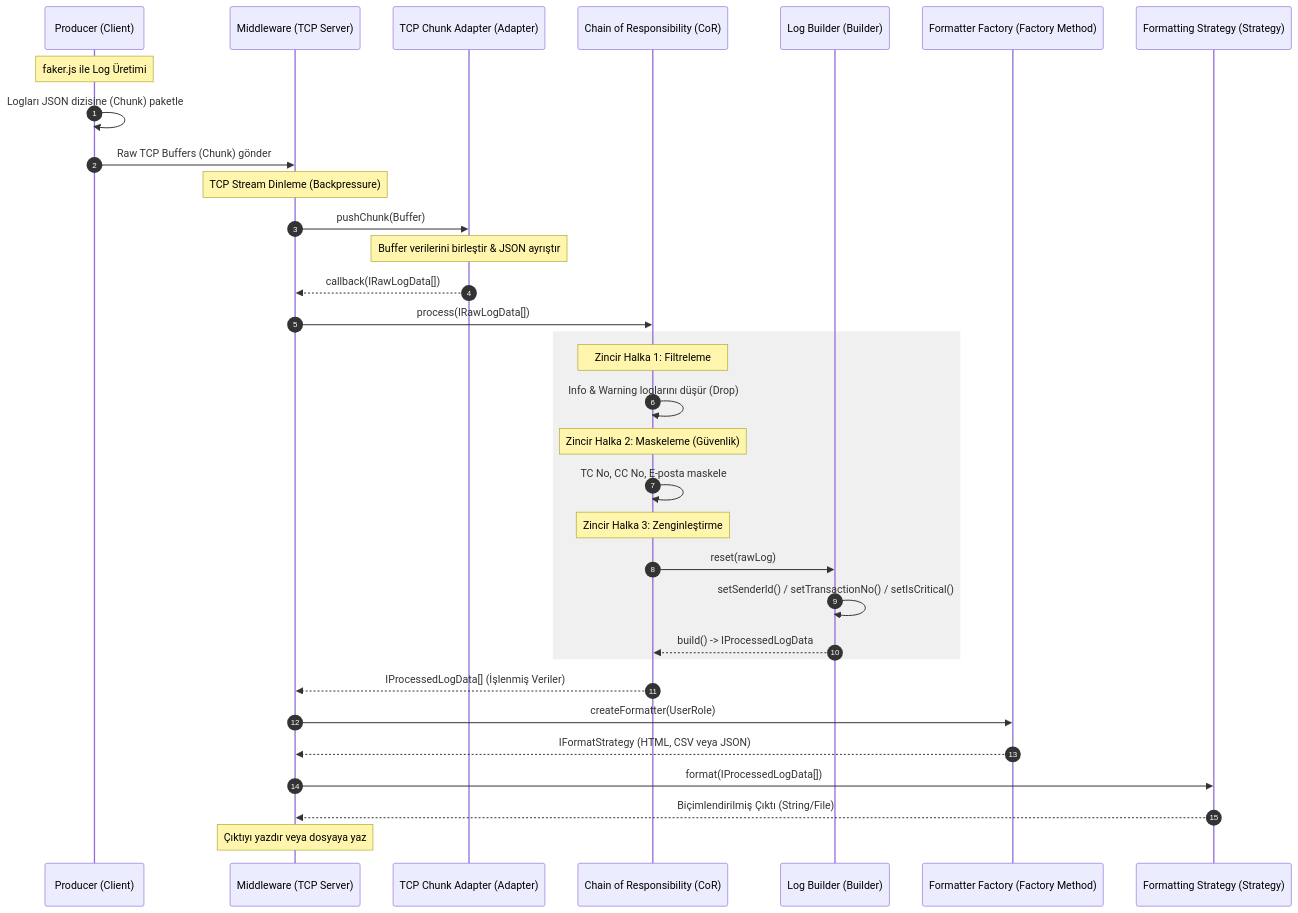
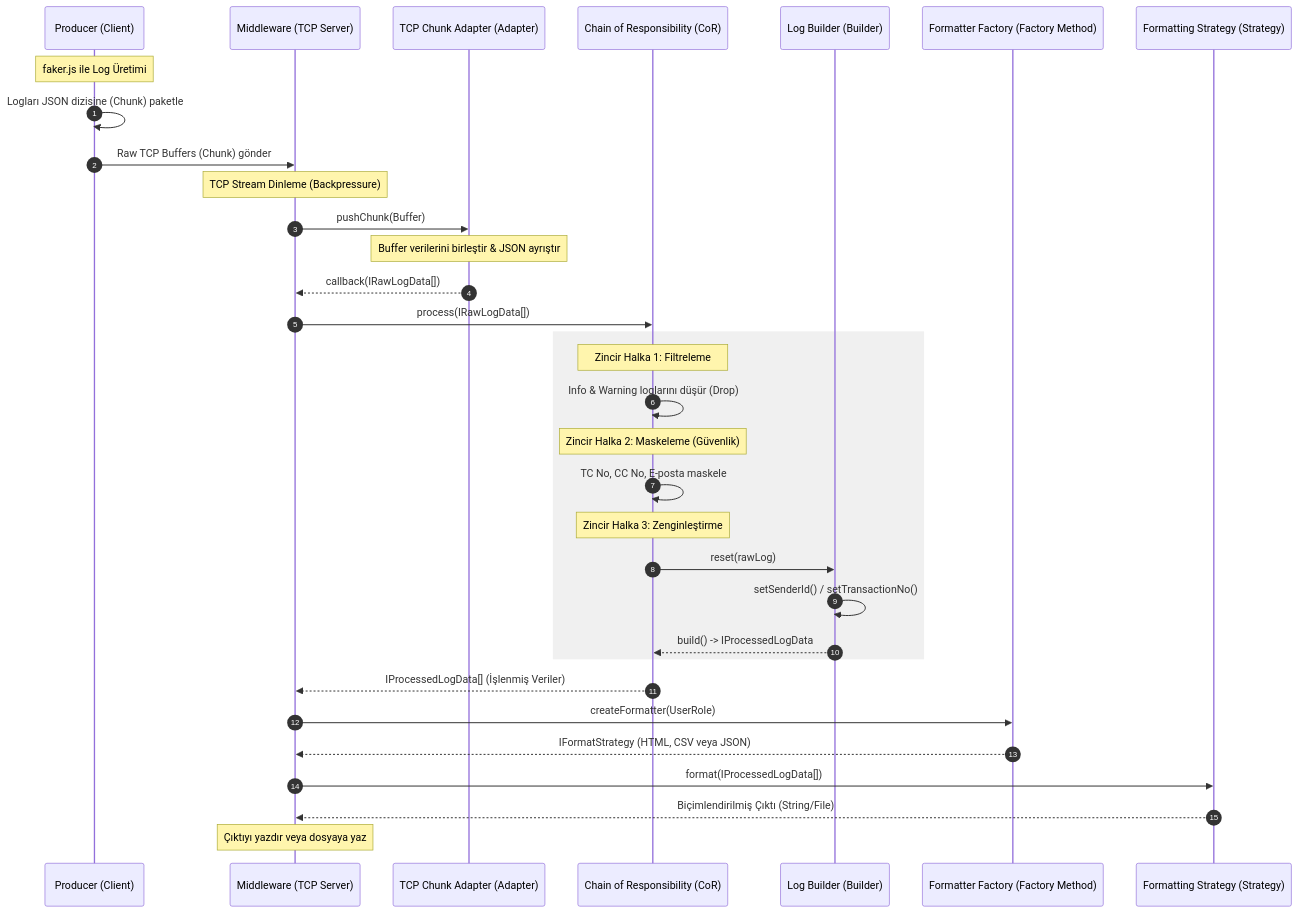
Before and after one commit to Rogedeen/Data-Middleware: the diagram in docs/architecture_design.md, drawn with Mermaid. The commit also changed other lines of this file and 12 other files, not shown here.

````diff
--- a/docs/architecture_design.md
+++ b/docs/architecture_design.md
@@ -70,40 +70,40 @@
 ```mermaid
 sequenceDiagram
     autonumber
     participant P as Producer (Client)
     participant M_Server as Middleware (TCP Server)
     participant Adapter as TCP Chunk Adapter (Adapter)
     participant CoR as Chain of Responsibility (CoR)
     participant Builder as Log Builder (Builder)
     participant Factory as Formatter Factory (Factory Method)
     participant Strategy as Formatting Strategy (Strategy)
 
     Note over P: faker.js ile Log Üretimi
     P->>P: Logları JSON dizisine (Chunk) paketle
     P->>M_Server: Raw TCP Buffers (Chunk) gönder
     Note over M_Server: TCP Stream Dinleme (Backpressure)
     M_Server->>Adapter: pushChunk(Buffer)
     Note over Adapter: Buffer verilerini birleştir & JSON ayrıştır
     Adapter-->>M_Server: callback(IRawLogData[])
 
     M_Server->>CoR: process(IRawLogData[])
     
     rect rgb(240, 240, 240)
         Note over CoR: Zincir Halka 1: Filtreleme
         CoR->>CoR: Info & Warning loglarını düşür (Drop)
         Note over CoR: Zincir Halka 2: Maskeleme (Güvenlik)
         CoR->>CoR: TC No, CC No, E-posta maskele
         Note over CoR: Zincir Halka 3: Zenginleştirme
         CoR->>Builder: reset(rawLog)
-        Builder->>Builder: setSenderId() / setTransactionNo() / setIsCritical()
+        Builder->>Builder: setSenderId() / setTransactionNo()
         Builder-->>CoR: build() -> IProcessedLogData
     end
     
     CoR-->>M_Server: IProcessedLogData[] (İşlenmiş Veriler)
 
     M_Server->>Factory: createFormatter(UserRole)
     Factory-->>M_Server: IFormatStrategy (HTML, CSV veya JSON)
     M_Server->>Strategy: format(IProcessedLogData[])
     Strategy-->>M_Server: Biçimlendirilmiş Çıktı (String/File)
     Note over M_Server: Çıktıyı yazdır veya dosyaya yaz
 ```
````
